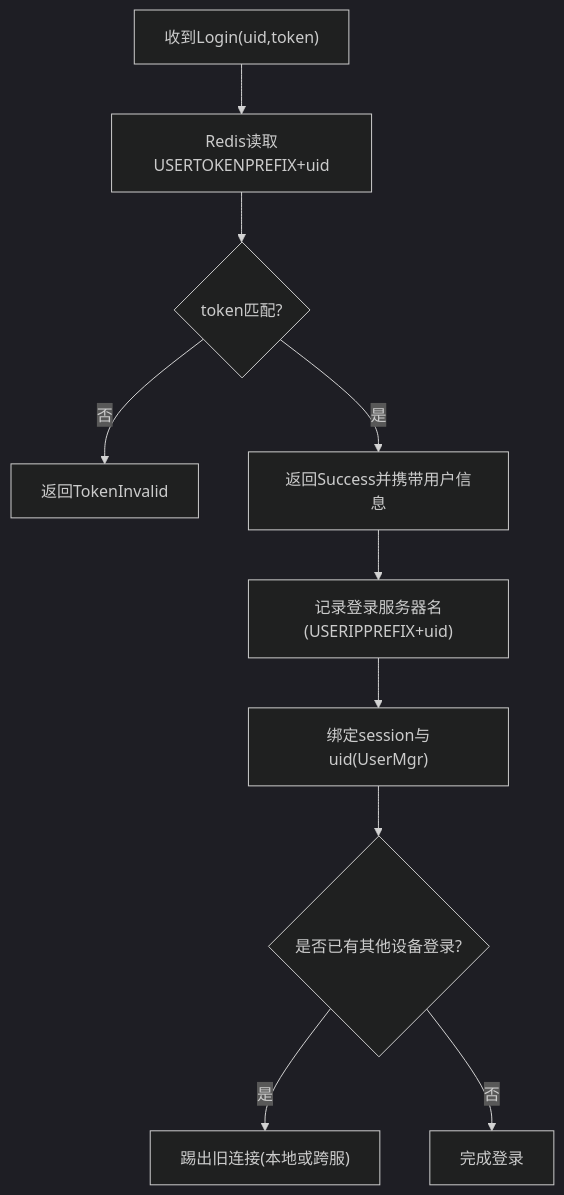
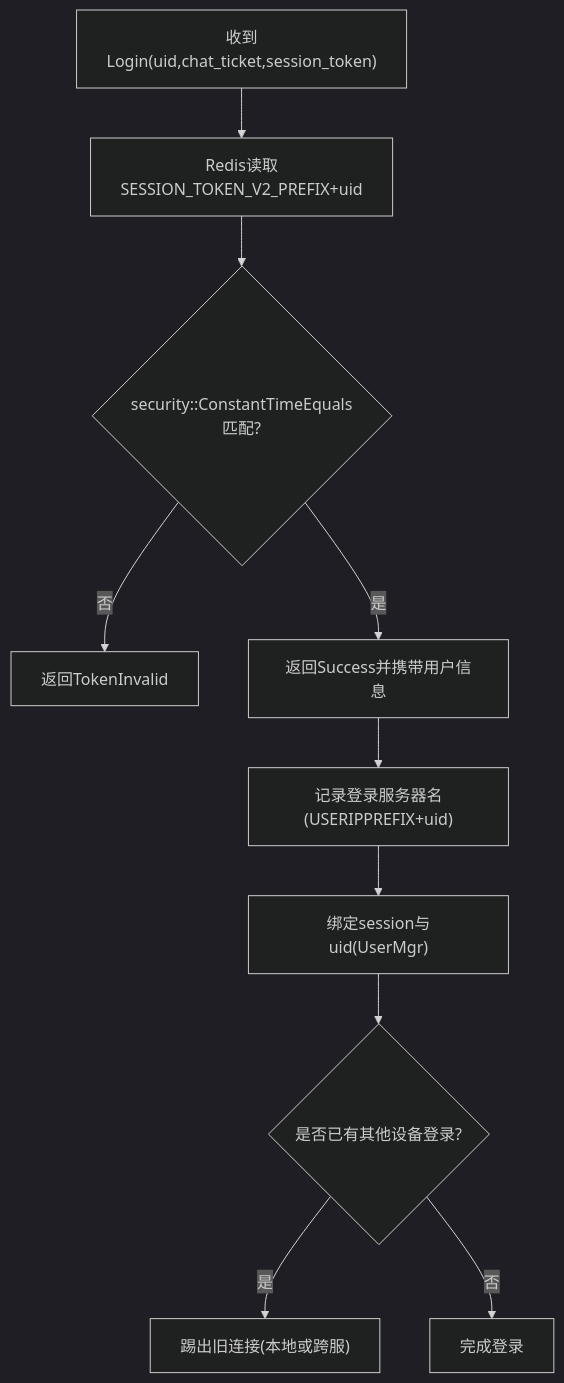
Before and after one commit to echo9923/mychatter: the eighth of 11 diagrams in .qoder/repowiki/zh/content/安全设计/身份认证系统/身份认证系统.md, drawn with Mermaid (dark theme). The commit also changed other lines of this file and 107 other files, not shown here.

````diff
--- a/.qoder/repowiki/zh/content/安全设计/身份认证系统/身份认证系统.md
+++ b/.qoder/repowiki/zh/content/安全设计/身份认证系统/身份认证系统.md
@@ -291,12 +364,12 @@
 ```mermaid
 flowchart TD
-A["收到Login(uid,token)"] --> B["Redis读取USERTOKENPREFIX+uid"]
-B --> C{"token匹配?"}
+A["收到Login(uid,chat_ticket,session_token)"] --> B["Redis读取SESSION_TOKEN_V2_PREFIX+uid"]
+B --> C{"security::ConstantTimeEquals匹配?"}
 C --> |否| E["返回TokenInvalid"]
 C --> |是| D["返回Success并携带用户信息"]
 D --> F["记录登录服务器名(USERIPPREFIX+uid)"]
 F --> G["绑定session与uid(UserMgr)"]
 G --> H{"是否已有其他设备登录?"}
 H --> |是| I["踢出旧连接(本地或跨服)"]
 H --> |否| J["完成登录"]
 ```
````
